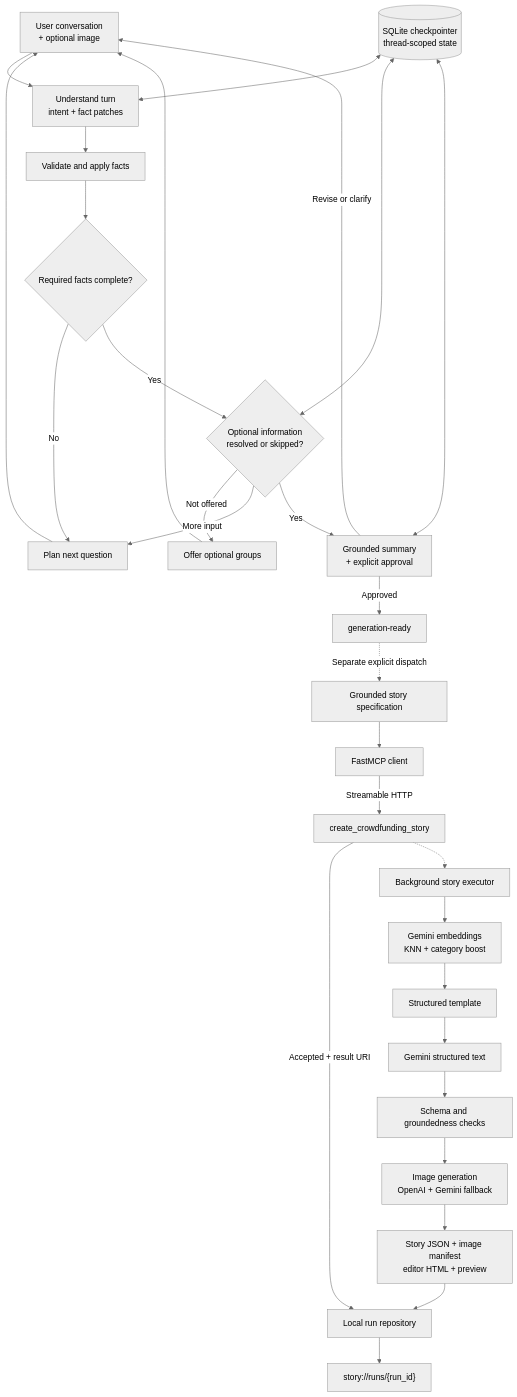
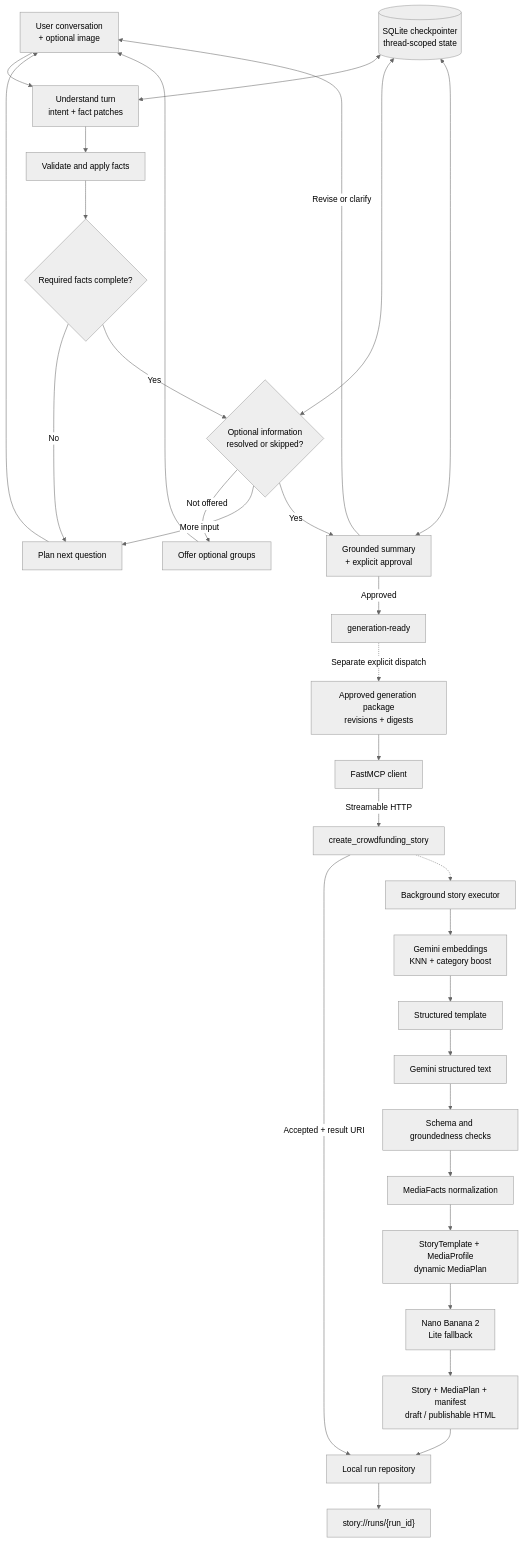
One commit to KT-Cloud-Tech-Up-team6/funding-story-ai changed the diagram in README.md. Above: the diagram before and after it, drawn with Mermaid (neutral theme). The commit also changed other lines of this file and 5 other files, not shown here.

Commit message:
Document the media generation pipeline

````diff
--- a/README.md
+++ b/README.md
@@ -158,35 +164,37 @@
 ```mermaid
 flowchart TB
     U["User conversation<br/>+ optional image"] --> X["Understand turn<br/>intent + fact patches"]
     X --> F["Validate and apply facts"]
     F --> Q{"Required facts complete?"}
     Q -->|No| N["Plan next question"]
     N --> U
     Q -->|Yes| O{"Optional information<br/>resolved or skipped?"}
     O -->|Not offered| L["Offer optional groups"]
     O -->|More input| N
     L --> U
     O -->|Yes| A["Grounded summary<br/>+ explicit approval"]
     A -->|Revise or clarify| U
     A -->|Approved| R["generation-ready"]
 
     CP[("SQLite checkpointer<br/>thread-scoped state")]
     CP <--> X
     CP <--> O
     CP <--> A
 
-    R -.->|"Separate explicit dispatch"| B["Grounded story specification"]
+    R -.->|"Separate explicit dispatch"| B["Approved generation package<br/>revisions + digests"]
     B --> MC["FastMCP client"]
     MC -->|"Streamable HTTP"| M["create_crowdfunding_story"]
     M -->|"Accepted + result URI"| S["Local run repository"]
     M -.-> E["Background story executor"]
 
     E --> K["Gemini embeddings<br/>KNN + category boost"]
     K --> T["Structured template"]
     T --> G["Gemini structured text"]
     G --> V["Schema and groundedness checks"]
-    V --> I["Image generation<br/>OpenAI + Gemini fallback"]
-    I --> H["Story JSON + image manifest<br/>editor HTML + preview"]
+    V --> NF["MediaFacts normalization"]
+    NF --> MP["StoryTemplate + MediaProfile<br/>dynamic MediaPlan"]
+    MP --> I["Nano Banana 2<br/>Lite fallback"]
+    I --> H["Story + MediaPlan + manifest<br/>draft / publishable HTML"]
     H --> S
     S --> Z["story://runs/{run_id}"]
 ```
````
